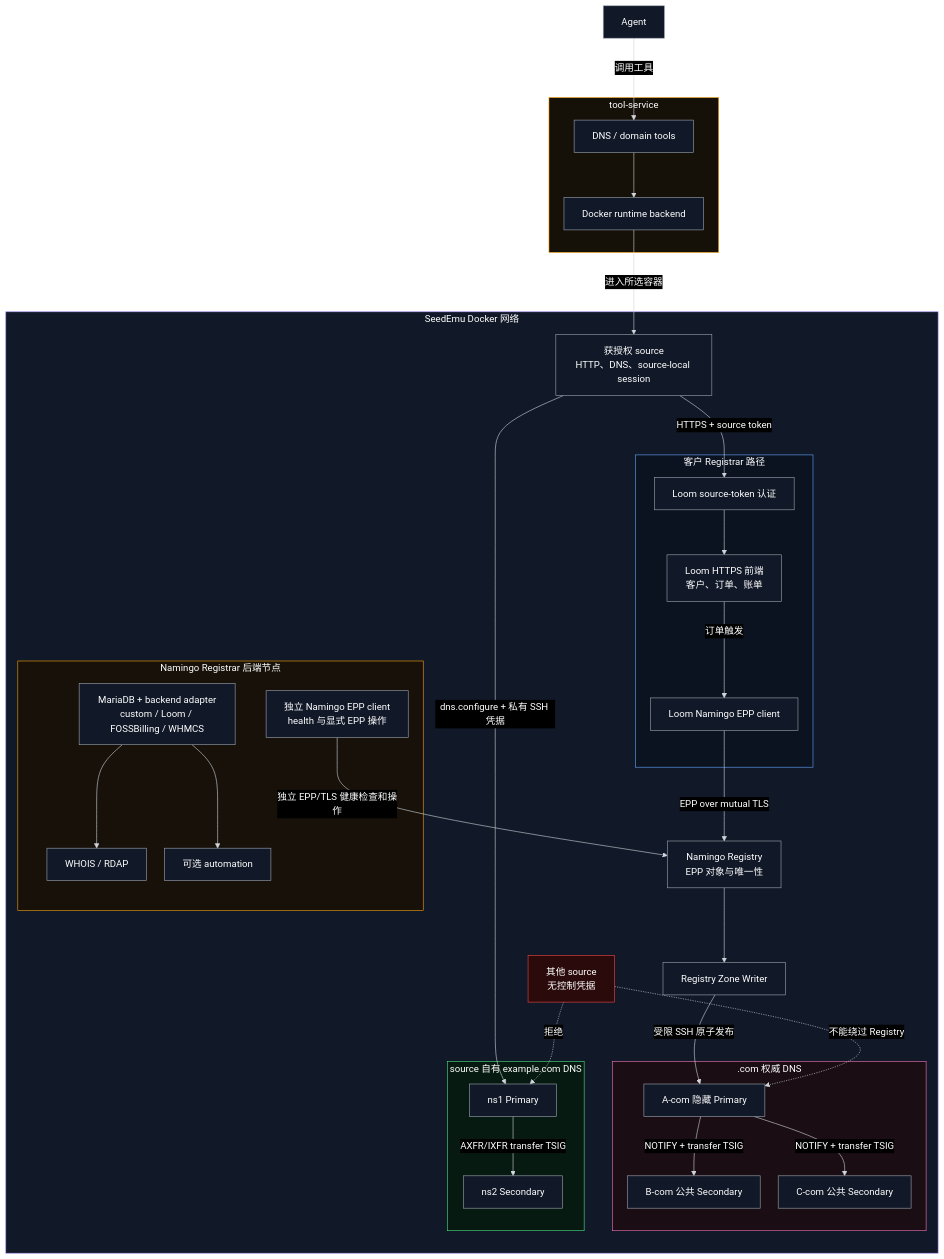
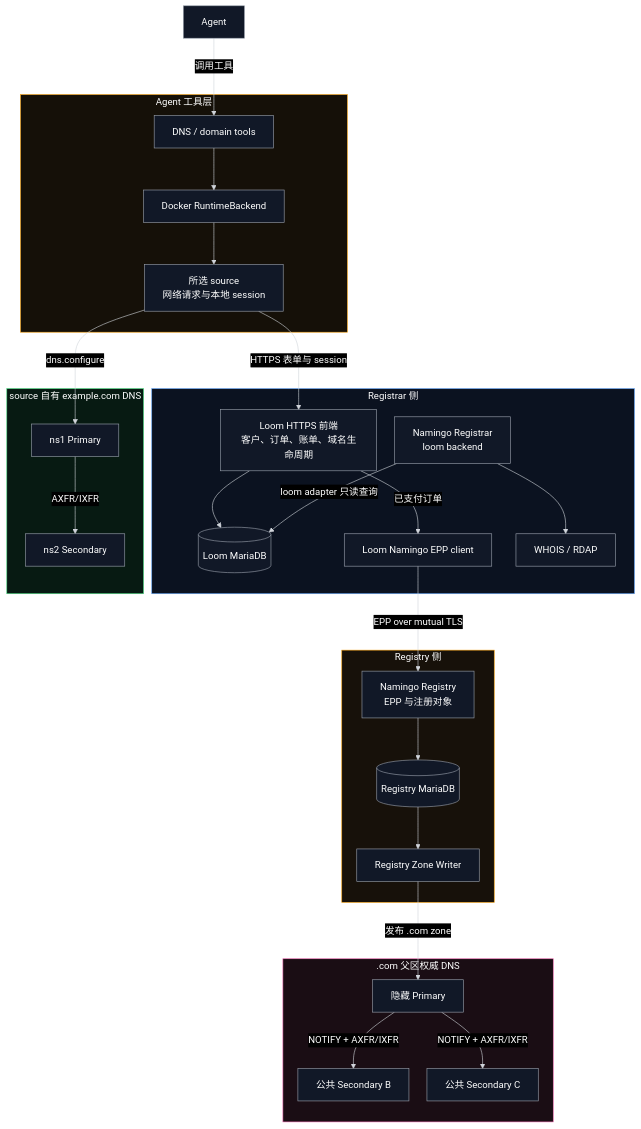
The first of 2 diagrams in tool-service/seedemu_tool_service/tools/dns/docs/domain_register_design_zh.md (hhy123415/seedemu-agent-tools), drawn with Mermaid before and after one commit. The commit also changed other lines of this file and 5 other files, not shown here.

````diff
--- a/tool-service/seedemu_tool_service/tools/dns/docs/domain_register_design_zh.md
+++ b/tool-service/seedemu_tool_service/tools/dns/docs/domain_register_design_zh.md
@@ -9,67 +7,56 @@
 ```mermaid
-%%{init: {"theme": "base", "flowchart": {"rankSpacing": 75, "nodeSpacing": 30}, "themeVariables": {"background": "#000000", "primaryColor": "#111827", "primaryTextColor": "#ffffff", "primaryBorderColor": "#9ca3af", "lineColor": "#d1d5db", "clusterBkg": "#0b0f14", "clusterBorder": "#6b7280", "edgeLabelBackground": "#000000"}}}%%
+%%{init: {"theme": "base", "flowchart": {"rankSpacing": 70, "nodeSpacing": 30}, "themeVariables": {"background": "#000000", "primaryColor": "#111827", "primaryTextColor": "#ffffff", "primaryBorderColor": "#9ca3af", "lineColor": "#d1d5db", "clusterBkg": "#0b0f14", "clusterBorder": "#6b7280", "edgeLabelBackground": "#000000"}}}%%
 flowchart TD
     agent["Agent"]
 
-    subgraph tool_service["tool-service"]
+    subgraph tool_layer["Agent 工具层"]
         tools["DNS / domain tools"]
-        runtime["Docker runtime backend"]
+        runtime["Docker RuntimeBackend"]
+        source["所选 source<br/>网络请求与本地 session"]
     end
 
-    subgraph emulator["SeedEmu Docker 网络"]
-        source["获授权 source<br/>HTTP、DNS、source-local session"]
-        other["其他 source<br/>无控制凭据"]
-
-        subgraph customer_registrar["客户 Registrar 路径"]
-            loom["Loom HTTPS 前端<br/>客户、订单、账单"]
-            source_auth["Loom source-token 认证"]
-            loom_epp["Loom Namingo EPP client"]
-        end
-
-        subgraph namingo_backend["Namingo Registrar 后端节点"]
-            backend_db["MariaDB + backend adapter<br/>custom / Loom / FOSSBilling / WHMCS"]
-            whois_rdap["WHOIS / RDAP"]
-            automation["可选 automation"]
-            backend_epp["独立 Namingo EPP client<br/>health 与显式 EPP 操作"]
-        end
-
-        registry["Namingo Registry<br/>EPP 对象与唯一性"]
-        zone_writer["Registry Zone Writer"]
-
-        subgraph parent_dns[".com 权威 DNS"]
-            hidden["A-com 隐藏 Primary"]
-            public_b["B-com 公共 Secondary"]
-            public_c["C-com 公共 Secondary"]
-        end
-
-        subgraph owner_dns["source 自有 example.com DNS"]
-            owner_primary["ns1 Primary"]
-            owner_secondary["ns2 Secondary"]
-        end
+    subgraph registrar_side["Registrar 侧"]
+        loom["Loom HTTPS 前端<br/>客户、订单、账单、域名生命周期"]
+        loom_db[("Loom MariaDB")]
+        loom_epp["Loom Namingo EPP client"]
+        namingo["Namingo Registrar<br/>loom backend"]
+        rdds["WHOIS / RDAP"]
     end
 
-    agent -->|"调用工具"| tools --> runtime -->|"进入所选容器"| source
-    source -->|"HTTPS + source token"| source_auth --> loom
-    loom -->|"订单触发"| loom_epp -->|"EPP over mutual TLS"| registry
-    backend_db --> whois_rdap
-    backend_db --> automation
-    backend_epp -->|"独立 EPP/TLS 健康检查和操作"| registry
-    source -->|"dns.configure + 私有 SSH 凭据"| owner_primary
-    owner_primary -->|"AXFR/IXFR transfer TSIG"| owner_secondary
-    registry --> zone_writer -->|"受限 SSH 原子发布"| hidden
-    hidden -->|"NOTIFY + transfer TSIG"| public_b
-    hidden -->|"NOTIFY + transfer TSIG"| public_c
-    other -.->|"拒绝"| owner_primary
-    other -.->|"不能绕过 Registry"| hidden
+    subgraph registry_side["Registry 侧"]
+        registry["Namingo Registry<br/>EPP 与注册对象"]
+        registry_db[("Registry MariaDB")]
+        writer["Registry Zone Writer"]
+    end
 
+    subgraph parent_dns[".com 父区权威 DNS"]
+        hidden["隐藏 Primary"]
+        public_b["公共 Secondary B"]
+        public_c["公共 Secondary C"]
+    end
+
+    subgraph child_dns["source 自有 example.com DNS"]
+        child_primary["ns1 Primary"]
+        child_secondary["ns2 Secondary"]
+    end
+
+    agent -->|"调用工具"| tools --> runtime --> source
+    source -->|"HTTPS 表单与 session"| loom
+    loom --> loom_db
+    loom -->|"已支付订单"| loom_epp -->|"EPP over mutual TLS"| registry
+    namingo -->|"loom adapter 只读查询"| loom_db
+    namingo --> rdds
+    registry --> registry_db --> writer
+    writer -->|"发布 .com zone"| hidden
+    hidden -->|"NOTIFY + AXFR/IXFR"| public_b
+    hidden -->|"NOTIFY + AXFR/IXFR"| public_c
+    source -->|"dns.configure"| child_primary
+    child_primary -->|"AXFR/IXFR"| child_secondary
     classDef dark fill:#111827,stroke:#9ca3af,color:#ffffff
-    class agent,tools,runtime,source,loom,source_auth,loom_epp,backend_db,whois_rdap,automation,backend_epp,registry,zone_writer,hidden,public_b,public_c,owner_primary,owner_secondary dark
-    classDef denied fill:#2a0a0a,stroke:#ef4444,color:#ffffff
-    class other denied
-    style tool_service fill:#151008,stroke:#f59e0b,color:#ffffff
-    style emulator fill:#111827,stroke:#a78bfa,color:#ffffff
-    style customer_registrar fill:#0b1220,stroke:#60a5fa,color:#ffffff
-    style namingo_backend fill:#17110a,stroke:#f59e0b,color:#ffffff
-    style owner_dns fill:#071a12,stroke:#4ade80,color:#ffffff
+    class agent,tools,runtime,source,loom,loom_db,loom_epp,namingo,rdds,registry,registry_db,writer,hidden,public_b,public_c,child_primary,child_secondary dark
+    style tool_layer fill:#151008,stroke:#f59e0b,color:#ffffff
+    style registrar_side fill:#0b1220,stroke:#60a5fa,color:#ffffff
+    style registry_side fill:#17110a,stroke:#f59e0b,color:#ffffff
     style parent_dns fill:#1a0d14,stroke:#f472b6,color:#ffffff
+    style child_dns fill:#071a12,stroke:#4ade80,color:#ffffff
 ```
````
